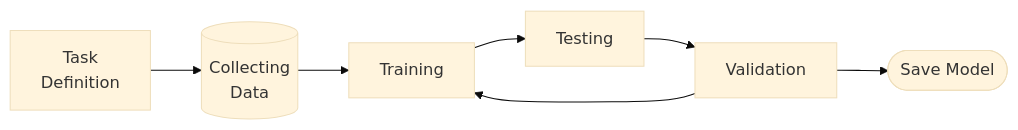
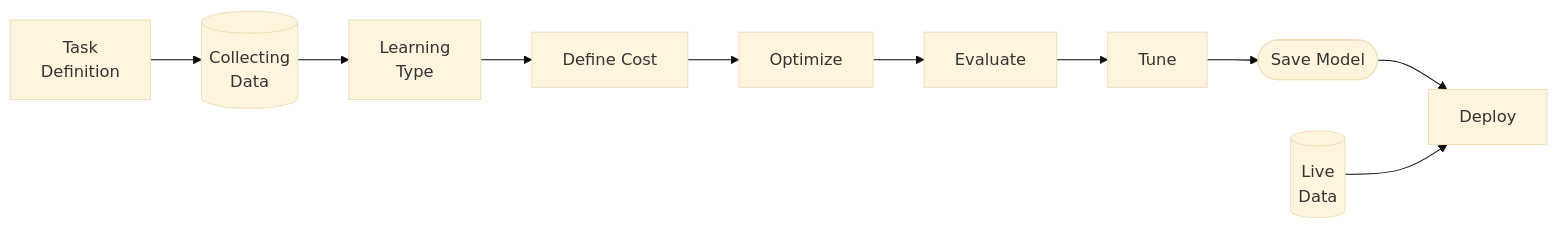
The second of 2 diagrams in docs/CS_Electives/Machine_Learning/01_Intro.md (uni-notes/uni-notes), drawn with Mermaid (base theme) before and after one commit. The commit also changed other lines of this file and 410 other files, not shown here.

````diff
--- a/docs/CS_Electives/Machine_Learning/01_Intro.md
+++ b/docs/CS_Electives/Machine_Learning/01_Intro.md
@@ -39,8 +41,14 @@
 ```mermaid
 flowchart LR
 td[Task<br/>Definition] -->
 cd[(Collecting<br/>Data)] -->
-t[Training] -->
-Testing -->
-Validation --> t & Stop([Save Model])
+l[Learning<br/>Type] -->
+c[Define Cost] -->
+Optimize -->
+Evaluate -->
+Tune -->
+save([Save Model]) -->
+Deploy
+
+ld[(Live <br/>Data)] --> Deploy
 ```
````
